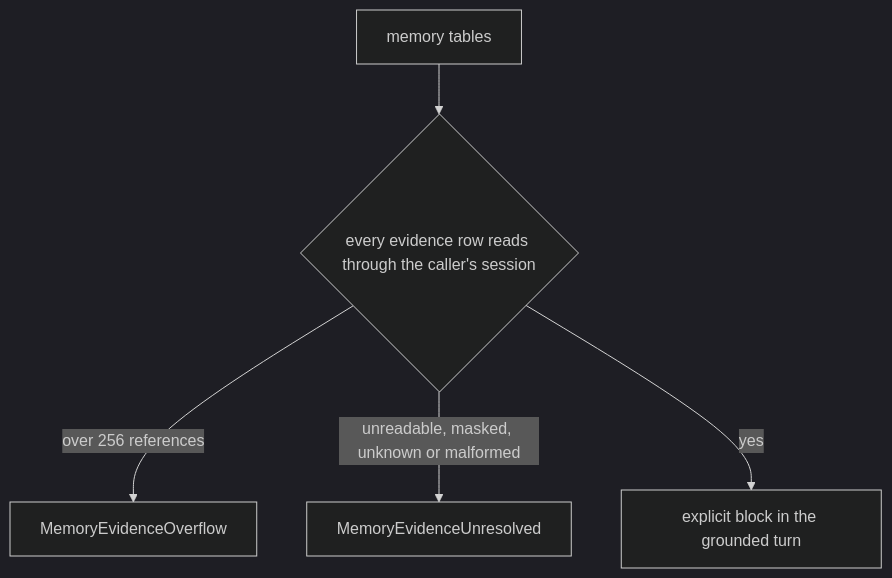
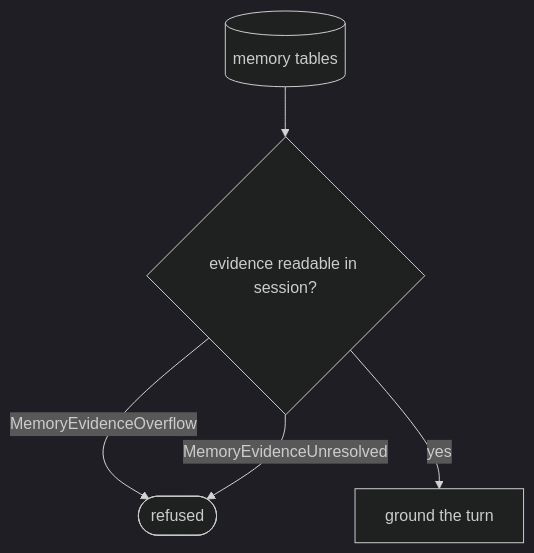
The third of 4 diagrams in spec/21-memory.md (fractalboxdev/contextful), drawn with Mermaid (dark theme) before and after one commit. The commit also changed other lines of this file and 24 other files, not shown here.

First line of the commit message:
spec: every flowchart draws one entity or process per node

````diff
--- a/spec/21-memory.md
+++ b/spec/21-memory.md
@@ -133,7 +128,7 @@
 ```mermaid
 flowchart TD
-  M["memory tables"] --> EV{"every evidence row reads through the caller's session"}
-  EV -- "over 256 references" --> E1["MemoryEvidenceOverflow"]
-  EV -- "unreadable, masked, unknown or malformed" --> E2["MemoryEvidenceUnresolved"]
-  EV -- "yes" --> INJ["explicit block in the grounded turn"]
+  M[("memory tables")] --> EV{"evidence readable in session?"}
+  EV -- "MemoryEvidenceOverflow" --> NO(["refused"])
+  EV -- "MemoryEvidenceUnresolved" --> NO
+  EV -- "yes" --> INJ["ground the turn"]
 ```
````
